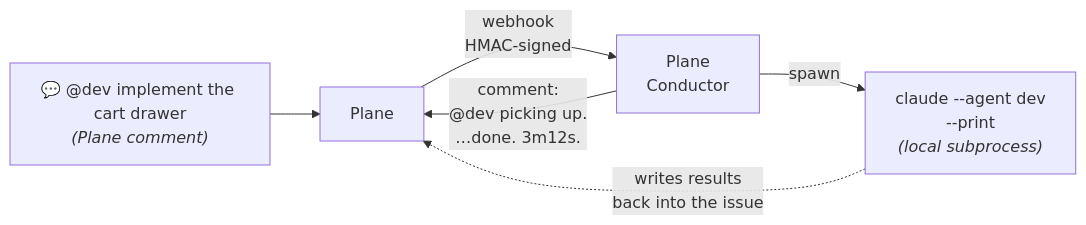
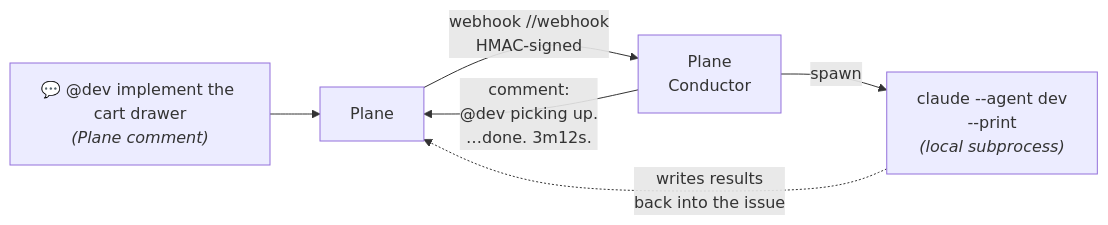
One commit to volodchenkov/plane-conductor changed the diagram in README.md. Above: the diagram before and after it, drawn with Mermaid. The commit also changed other lines of this file and 30 other files, not shown here.

````diff
--- a/README.md
+++ b/README.md
@@ -14,13 +14,13 @@
 ```mermaid
 flowchart LR
     Human["💬 @dev implement the cart drawer<br/><i>(Plane comment)</i>"]
     Plane[Plane]
     Conductor["Plane<br/>Conductor"]
     Claude["claude --agent dev<br/>--print<br/><i>(local subprocess)</i>"]
 
     Human --> Plane
-    Plane -->|webhook<br/>HMAC-signed| Conductor
+    Plane -->|webhook /<slug>/webhook<br/>HMAC-signed| Conductor
     Conductor -->|spawn| Claude
     Claude -.->|writes results<br/>back into the issue| Plane
     Conductor -->|"comment:<br/>@dev picking up.<br/>…done. 3m12s."| Plane
 ```
````
